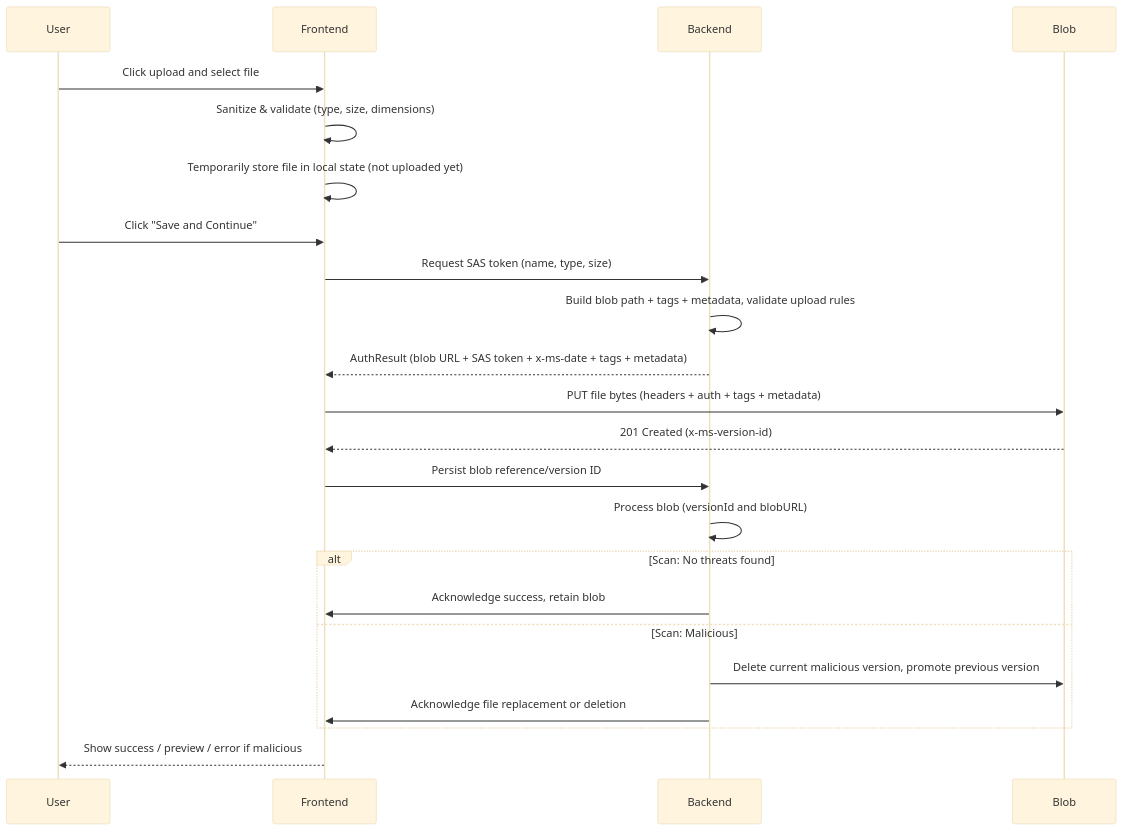
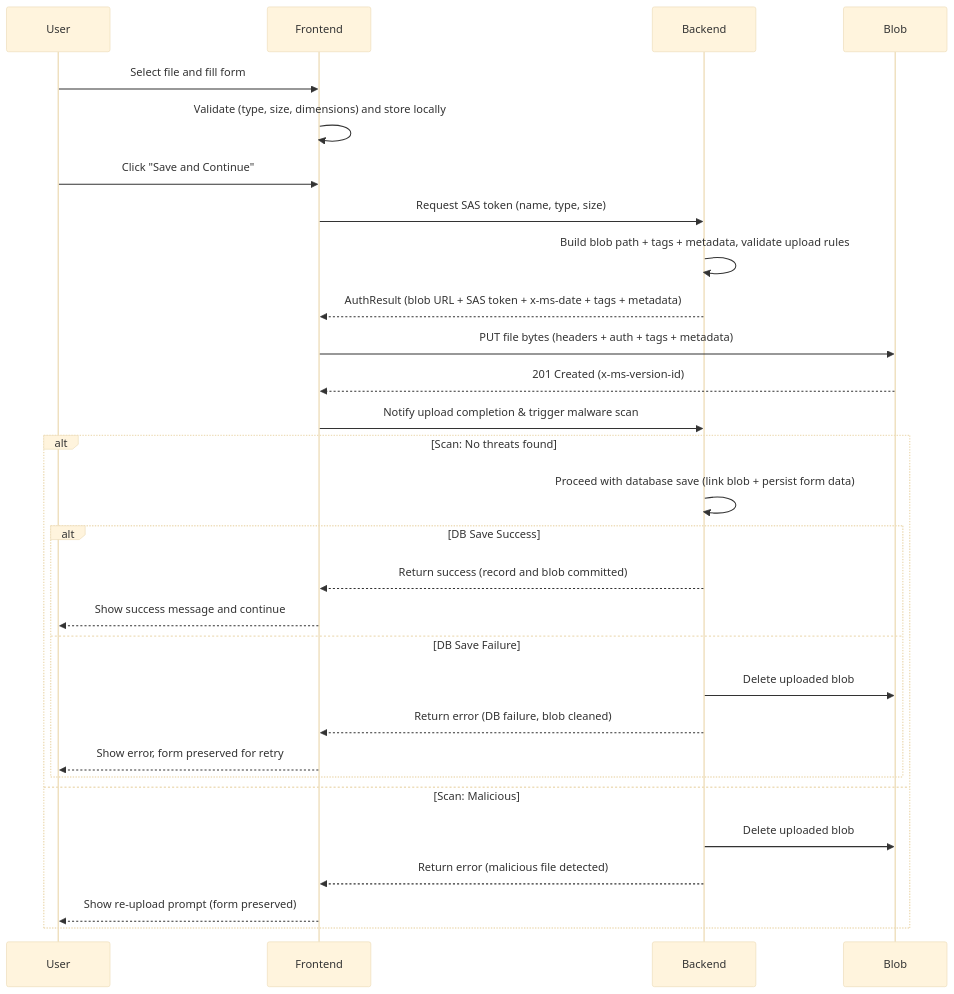
The diagram in apps/docs/docs/decisions/0023-new-azure-upload.md (simnova/sharethrift), drawn with Mermaid (base theme) before and after one commit. The commit also changed other lines of this file, not shown here.

Commit message:
ensuring data integrity and reducing orphaned files

````diff
--- a/apps/docs/docs/decisions/0023-new-azure-upload.md
+++ b/apps/docs/docs/decisions/0023-new-azure-upload.md
@@ -64,26 +65,32 @@
 ```mermaid
 sequenceDiagram
 participant User
 participant Frontend
 participant Backend
 participant Blob
 
-User->>Frontend: Click upload and select file
-Frontend->>Frontend: Sanitize & validate (type, size, dimensions)
-Frontend->>Frontend: Temporarily store file in local state (not uploaded yet)
+User->>Frontend: Select file and fill form
+Frontend->>Frontend: Validate (type, size, dimensions) and store locally
 User->>Frontend: Click "Save and Continue"
 Frontend->>Backend: Request SAS token (name, type, size)
 Backend->>Backend: Build blob path + tags + metadata, validate upload rules
 Backend-->>Frontend: AuthResult (blob URL + SAS token + x-ms-date + tags + metadata)
 Frontend->>Blob: PUT file bytes (headers + auth + tags + metadata)
 Blob-->>Frontend: 201 Created (x-ms-version-id)
-Frontend->>Backend: Persist blob reference/version ID
-Backend->>Backend: Process blob (versionId and blobURL)
+Frontend->>Backend: Notify upload completion & trigger malware scan
 alt Scan: No threats found
-    Backend->>Frontend: Acknowledge success, retain blob
+    Backend->>Backend: Proceed with database save (link blob + persist form data)
+    alt DB Save Success
+        Backend-->>Frontend: Return success (record and blob committed)
+        Frontend-->>User: Show success message and continue
+    else DB Save Failure
+        Backend->>Blob: Delete uploaded blob
+        Backend-->>Frontend: Return error (DB failure, blob cleaned)
+        Frontend-->>User: Show error, form preserved for retry
+    end
 else Scan: Malicious
-    Backend->>Blob: Delete current malicious version, promote previous version
-    Backend->>Frontend: Acknowledge file replacement or deletion
+    Backend->>Blob: Delete uploaded blob
+    Backend-->>Frontend: Return error (malicious file detected)
+    Frontend-->>User: Show re-upload prompt (form preserved)
 end
-    Frontend-->>User: Show success / preview / error if malicious
 ```
````
